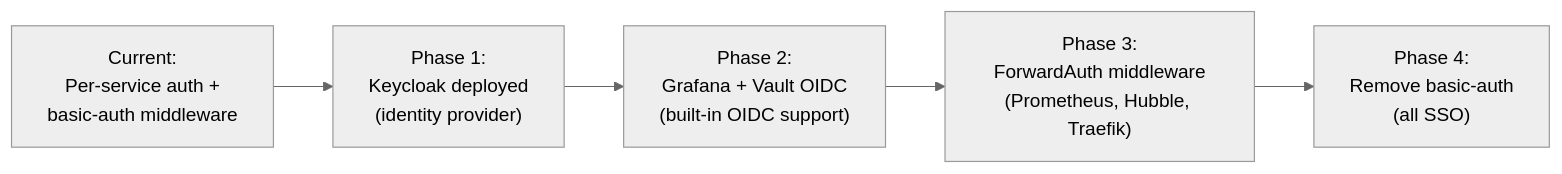
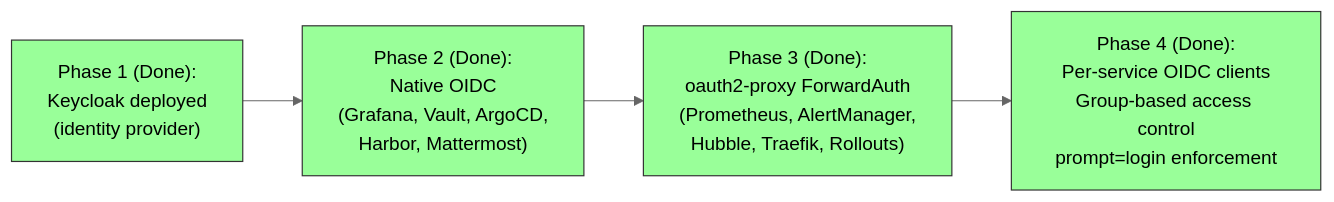
The seventh of 11 diagrams in docs/engineering/security-architecture.md (derhornspieler/harvester-rke2-platform), drawn with Mermaid (neutral theme) before and after one commit. The commit also changed other lines of this file and 11 other files, not shown here.

````diff
--- a/docs/engineering/security-architecture.md
+++ b/docs/engineering/security-architecture.md
@@ -581,10 +584,14 @@
 ```mermaid
 graph LR
-    Current["Current:<br/>Per-service auth +<br/>basic-auth middleware"]
-    Phase1["Phase 1:<br/>Keycloak deployed<br/>(identity provider)"]
-    Phase2["Phase 2:<br/>Grafana + Vault OIDC<br/>(built-in OIDC support)"]
-    Phase3["Phase 3:<br/>ForwardAuth middleware<br/>(Prometheus, Hubble, Traefik)"]
-    Phase4["Phase 4:<br/>Remove basic-auth<br/>(all SSO)"]
+    Phase1["Phase 1 (Done):<br/>Keycloak deployed<br/>(identity provider)"]
+    Phase2["Phase 2 (Done):<br/>Native OIDC<br/>(Grafana, Vault, ArgoCD,<br/>Harbor, Mattermost)"]
+    Phase3["Phase 3 (Done):<br/>oauth2-proxy ForwardAuth<br/>(Prometheus, AlertManager,<br/>Hubble, Traefik, Rollouts)"]
+    Phase4["Phase 4 (Done):<br/>Per-service OIDC clients<br/>Group-based access control<br/>prompt=login enforcement"]
 
-    Current --> Phase1 --> Phase2 --> Phase3 --> Phase4
+    Phase1 --> Phase2 --> Phase3 --> Phase4
+
+    style Phase1 fill:#9f9,stroke:#333
+    style Phase2 fill:#9f9,stroke:#333
+    style Phase3 fill:#9f9,stroke:#333
+    style Phase4 fill:#9f9,stroke:#333
 ```
````
